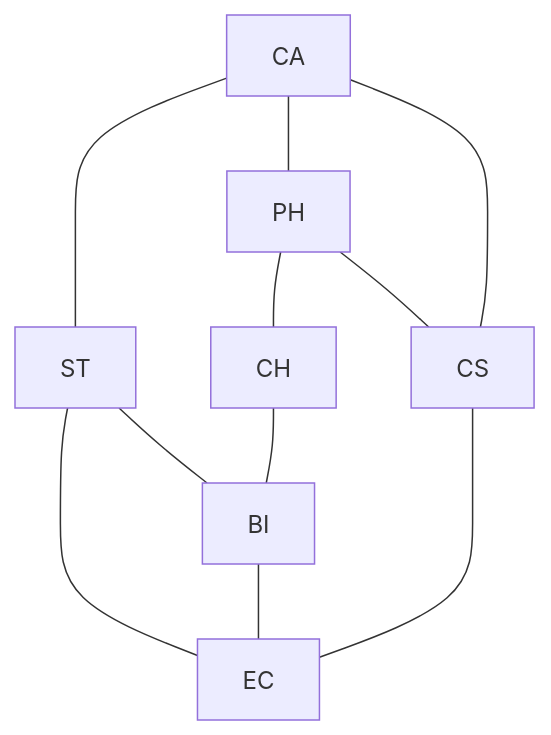
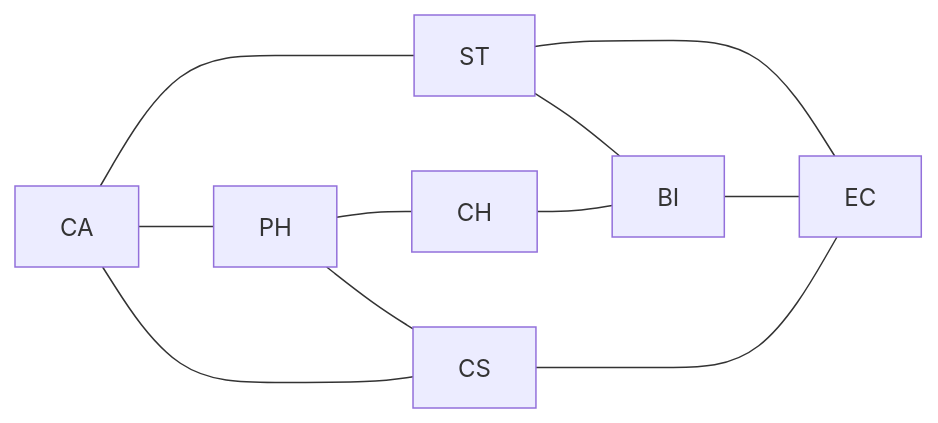
One commit to RobertTalbert/discretecs changed the first of 2 diagrams in MTH325-Winter2026/assignments/MTH 325 Application Analysis Exam 2 solutions.md. Above: the diagram before and after it, drawn with Mermaid.

Commit message:
Fix graph orientation in Part C of Exam 2 solutions

````diff
--- a/MTH325-Winter2026/assignments/MTH 325 Application Analysis Exam 2 solutions.md
+++ b/MTH325-Winter2026/assignments/MTH 325 Application Analysis Exam 2 solutions.md
@@ -41,13 +41,13 @@
 ```mermaid
-graph TD
+graph LR
     CA --- ST
     CA --- PH
     CA --- CS
     ST --- EC
     ST --- BI
     PH --- CH
     PH --- CS
     CH --- BI
     CS --- EC
     BI --- EC
 ```
````
